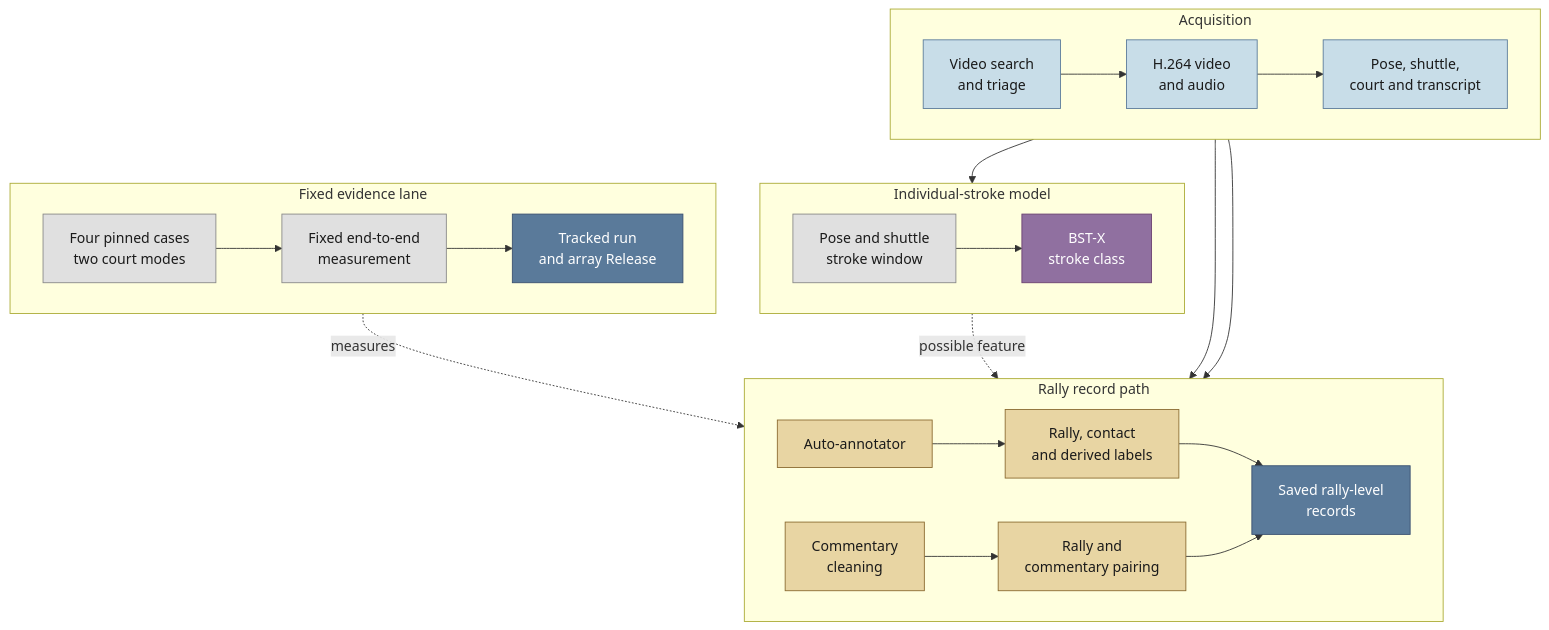
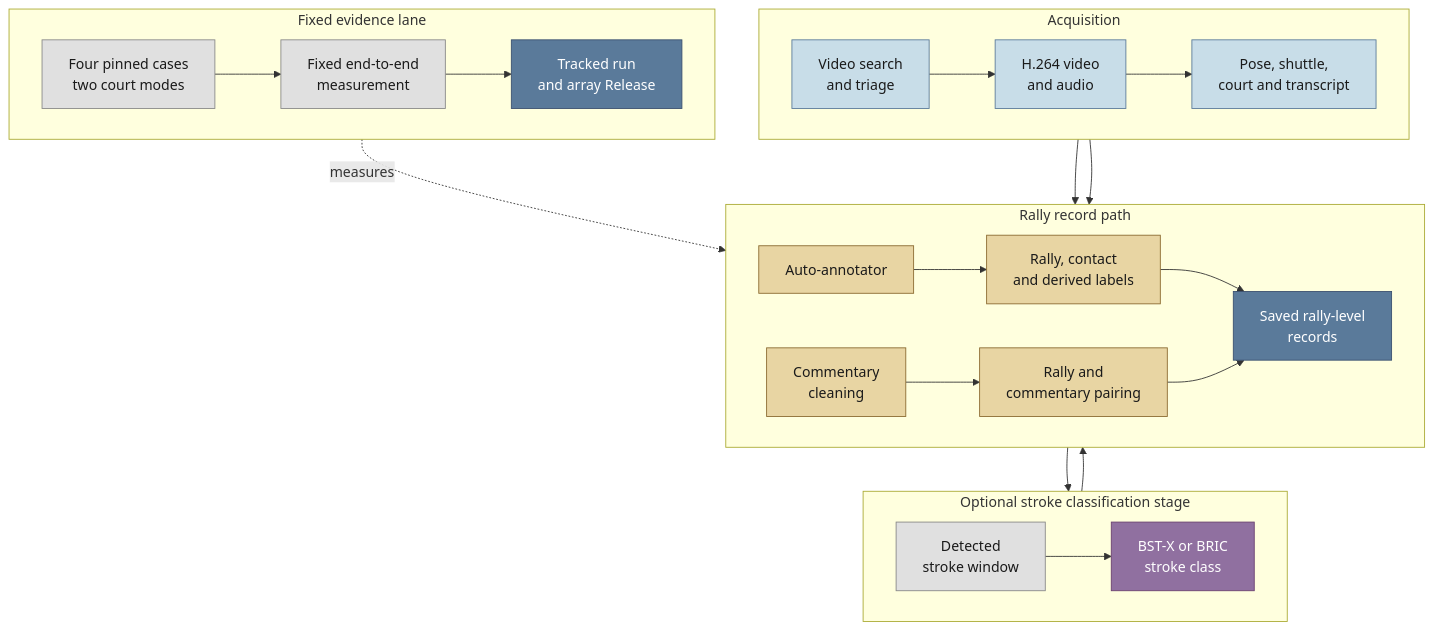
The first of 4 diagrams in docs/project_overview_20260730-214831.md (ahalp90/badminton_cv_annotator), drawn with Mermaid before and after one commit. The commit also changed other lines of this file and 29 other files, not shown here.

````diff
--- a/docs/project_overview_20260730-214831.md
+++ b/docs/project_overview_20260730-214831.md
@@ -62,46 +66,46 @@
 ```mermaid
 flowchart TB
     subgraph P_ACQ["Acquisition"]
         direction LR
         P1["Video search<br/>and triage"] --> P2["H.264 video<br/>and audio"]
         P2 --> P3["Pose, shuttle,<br/>court and transcript"]
     end
 
     subgraph P_RECORD["Rally record path"]
         direction LR
         P4["Auto-annotator"] --> P5["Rally, contact<br/>and derived labels"]
         P6["Commentary<br/>cleaning"] --> P7["Rally and<br/>commentary pairing"]
         P5 --> P8["Saved rally-level<br/>records"]
         P7 --> P8
     end
 
-    subgraph P_BST["Individual-stroke model"]
+    subgraph P_BST["Optional stroke classification stage"]
         direction LR
-        P9["Pose and shuttle<br/>stroke window"] --> P10["BST-X<br/>stroke class"]
+        P9["Detected<br/>stroke window"] --> P10["BST-X or BRIC<br/>stroke class"]
     end
 
     subgraph P_MEASURE["Fixed evidence lane"]
         direction LR
         P11["Four pinned cases<br/>two court modes"] --> P12["Fixed end-to-end<br/>measurement"]
         P12 --> P13["Tracked run<br/>and array Release"]
     end
 
     P3 --> P4
     P3 --> P6
-    P3 --> P9
-    P10 -.->|"possible feature"| P8
+    P5 --> P9
+    P10 --> P8
     P12 -.->|"measures"| P4
 
     classDef stage fill:#c8dde8,stroke:#5a7a9a,color:#1a1a1a
     classDef bridge fill:#e8d5a3,stroke:#8a6a30,color:#1a1a1a
     classDef output fill:#5a7a9a,stroke:#3a5070,color:#ffffff
     classDef special fill:#9070a0,stroke:#6a4070,color:#ffffff
     classDef auxiliary fill:#e0e0e0,stroke:#888888,color:#1a1a1a
 
     class P1,P2,P3 stage
     class P4,P5,P6,P7 bridge
     class P8,P13 output
     class P9 auxiliary
     class P10 special
     class P11,P12 auxiliary
 ```
````
